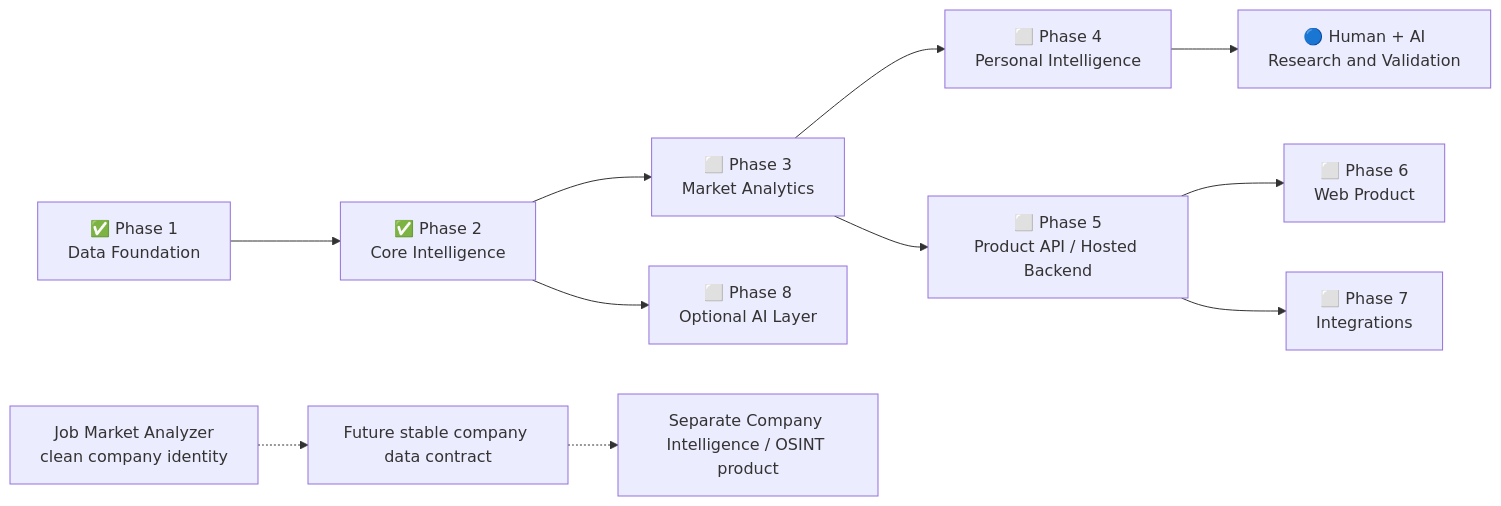
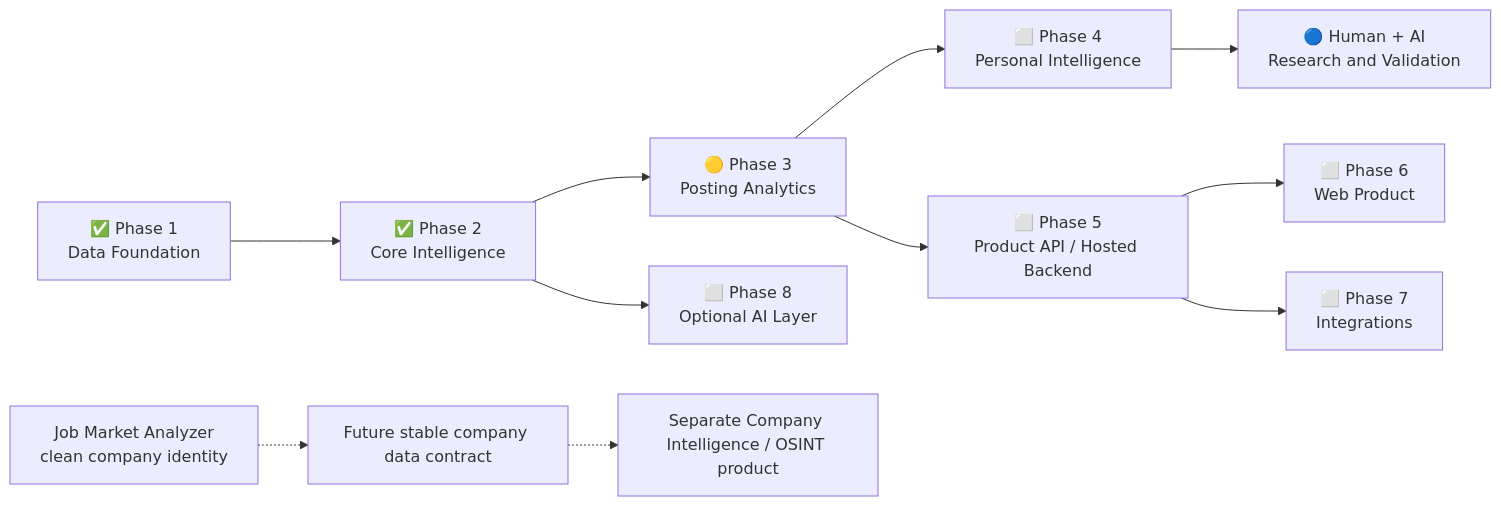
Before and after one commit to teremno/job-market-analyzer: the first of 2 diagrams in docs/ROADMAP.md, drawn with Mermaid. The commit also changed other lines of this file and 8 other files, not shown here.

````diff
--- a/docs/ROADMAP.md
+++ b/docs/ROADMAP.md
@@ -38,13 +39,13 @@
 ```mermaid
 flowchart LR
     P1["✅ Phase 1<br/>Data Foundation"] --> P2["✅ Phase 2<br/>Core Intelligence"]
-    P2 --> P3["⬜ Phase 3<br/>Market Analytics"]
+    P2 --> P3["🟡 Phase 3<br/>Posting Analytics"]
     P3 --> P4["⬜ Phase 4<br/>Personal Intelligence"]
     P3 --> P5["⬜ Phase 5<br/>Product API / Hosted Backend"]
     P5 --> P6["⬜ Phase 6<br/>Web Product"]
     P5 --> P7["⬜ Phase 7<br/>Integrations"]
     P2 --> P8["⬜ Phase 8<br/>Optional AI Layer"]
     P4 --> R["🔵 Human + AI<br/>Research and Validation"]
     JMA["Job Market Analyzer<br/>clean company identity"] -.-> DC["Future stable company data contract"]
     DC -.-> CI["Separate Company Intelligence / OSINT product"]
 ```
````
